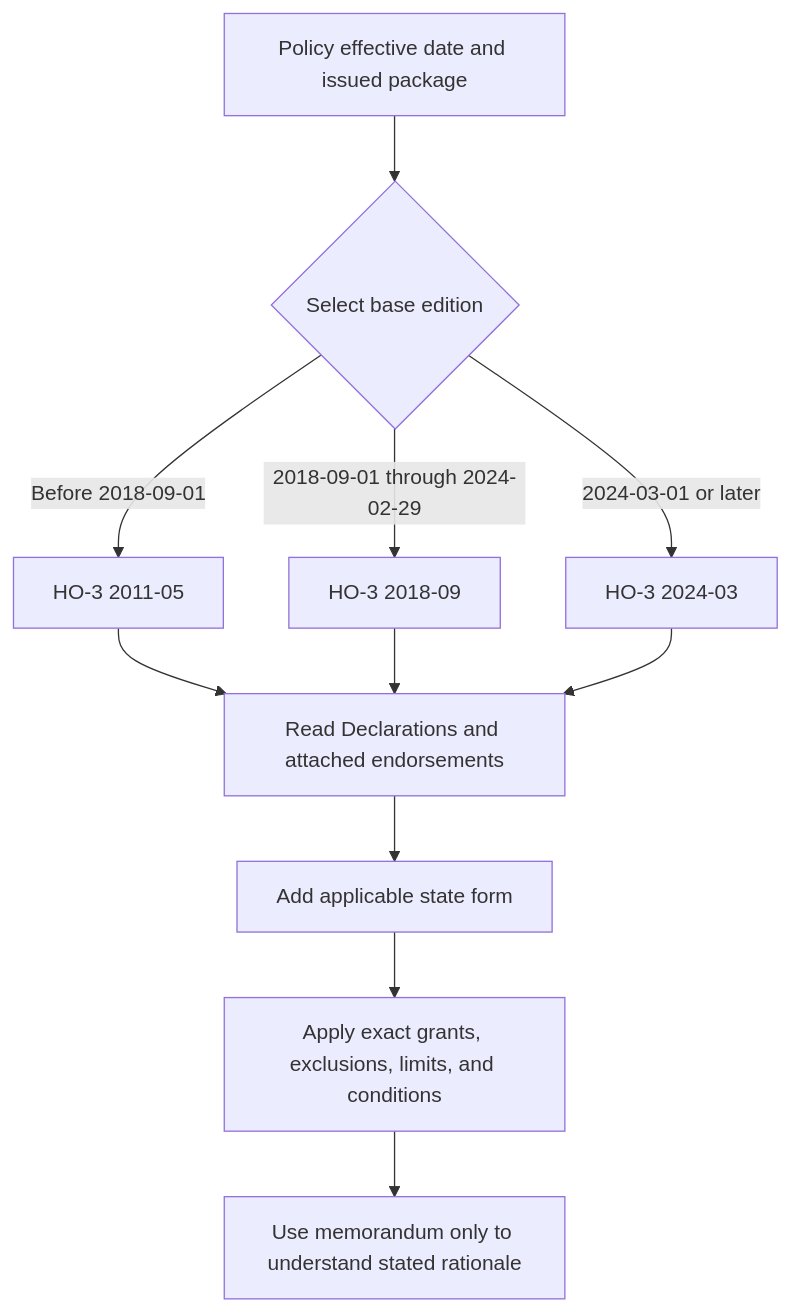
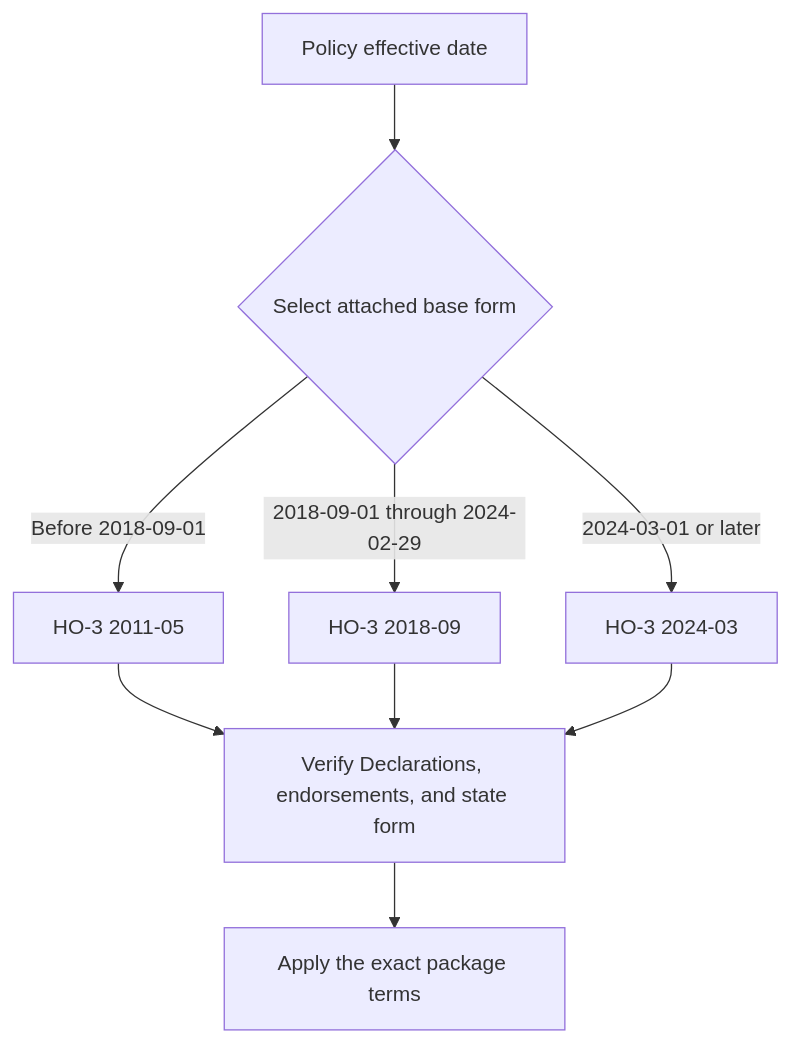
The diagram in openwiki/coverage/forms/ho-3.md (langchain-samples/openwiki-insurance-corpus), drawn with Mermaid before and after one commit. The commit also changed other lines of this file and 73 other files, not shown here.

````diff
--- a/openwiki/coverage/forms/ho-3.md
+++ b/openwiki/coverage/forms/ho-3.md
@@ -51,13 +49,11 @@
 ```mermaid
 flowchart TD
-    A["Policy effective date and issued package"] --> B{"Select base edition"}
+    A["Policy effective date"] --> B{"Select attached base form"}
     B -->|"Before 2018-09-01"| C["HO-3 2011-05"]
     B -->|"2018-09-01 through 2024-02-29"| D["HO-3 2018-09"]
     B -->|"2024-03-01 or later"| E["HO-3 2024-03"]
-    C --> F["Read Declarations and attached endorsements"]
+    C --> F["Verify Declarations, endorsements, and state form"]
     D --> F
     E --> F
-    F --> G["Add applicable state form"]
-    G --> H["Apply exact grants, exclusions, limits, and conditions"]
-    H --> I["Use memorandum only to understand stated rationale"]
+    F --> G["Apply the exact package terms"]
 ```
````
